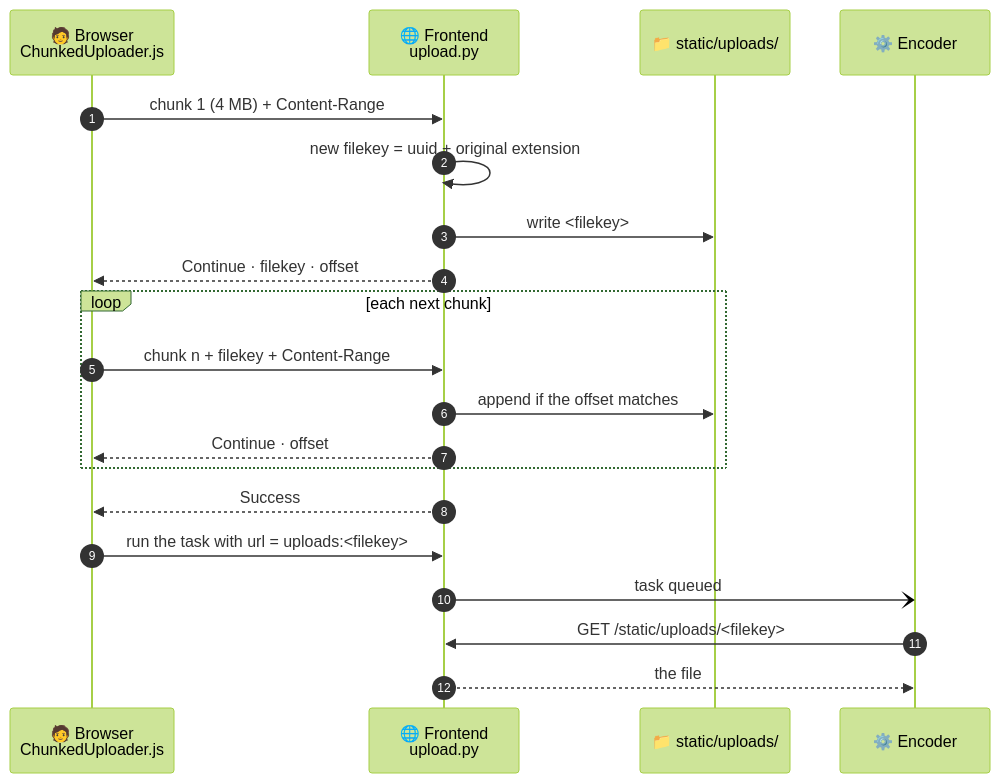
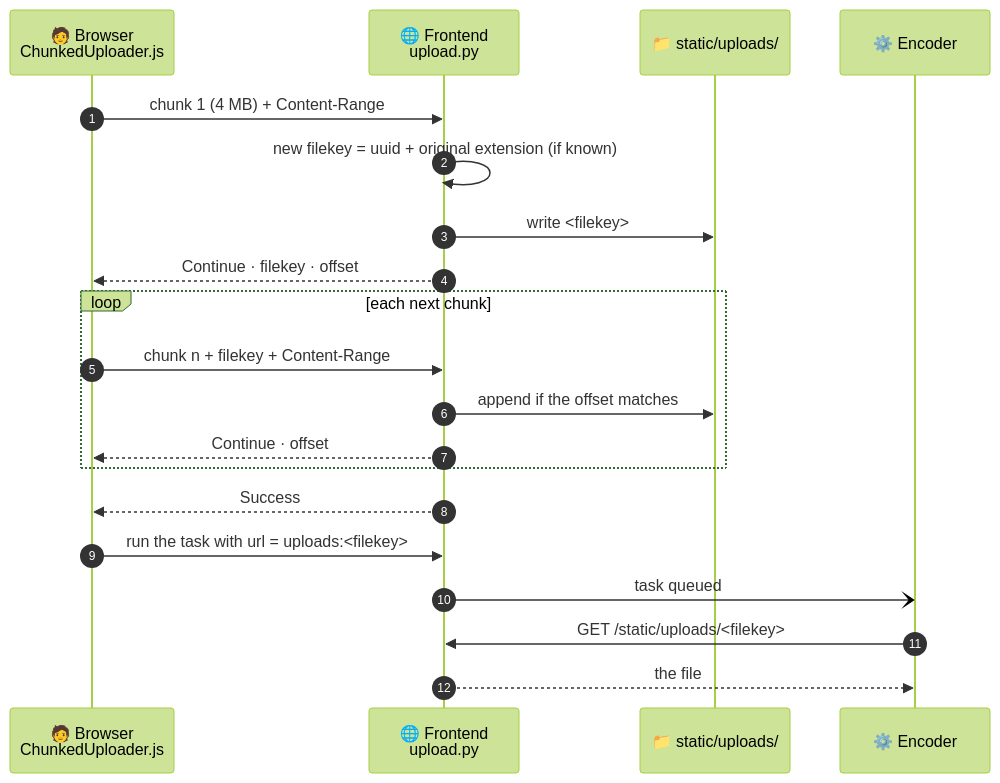
One commit to toolforge/video2commons changed the fourth of 10 diagrams in docs/architecture.md. Above: the diagram before and after it, drawn with Mermaid (forest theme). The commit also changed other lines of this file and 8 other files, not shown here.

````diff
--- a/docs/architecture.md
+++ b/docs/architecture.md
@@ -229,23 +229,23 @@
 ```mermaid
 sequenceDiagram
     autonumber
     participant B as 🧑 Browser<br/>ChunkedUploader.js
     participant W as 🌐 Frontend<br/>upload.py
     participant D as 📁 static/uploads/
     participant E as ⚙️ Encoder
 
     B->>W: chunk 1 (4 MB) + Content-Range
-    W->>W: new filekey = uuid + original extension
+    W->>W: new filekey = uuid + original extension (if known)
     W->>D: write <filekey>
     W-->>B: Continue · filekey · offset
     loop each next chunk
         B->>W: chunk n + filekey + Content-Range
         W->>D: append if the offset matches
         W-->>B: Continue · offset
     end
     W-->>B: Success
     B->>W: run the task with url = uploads:<filekey>
     W-)E: task queued
     E->>W: GET /static/uploads/<filekey>
     W-->>E: the file
 ```
````
